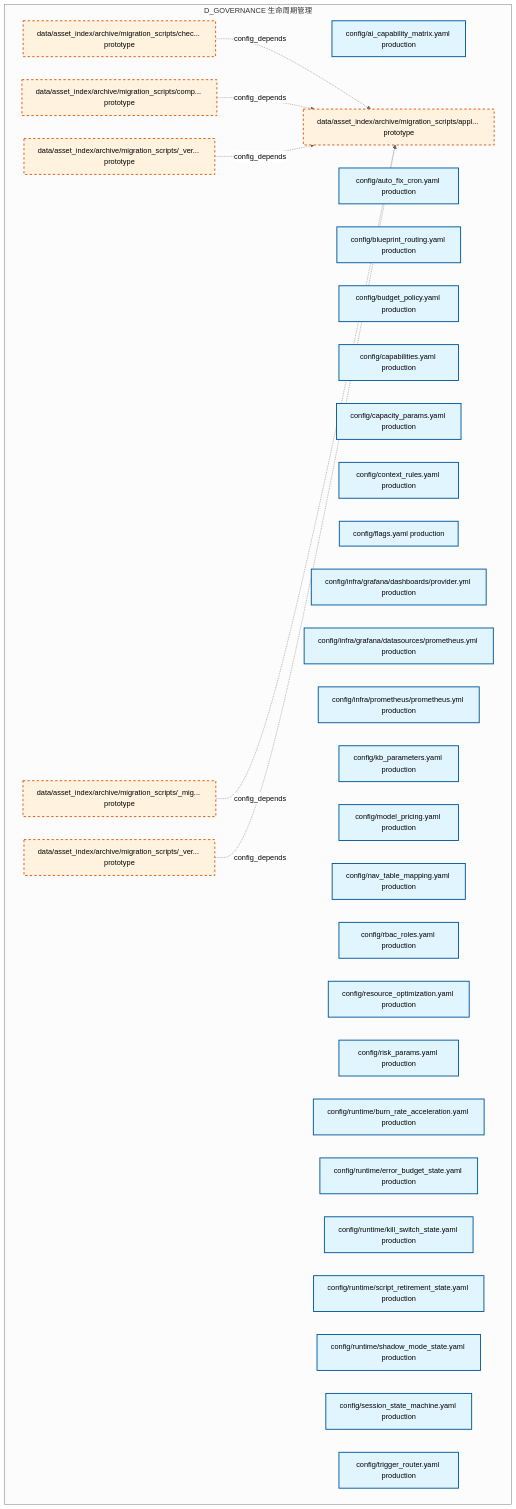
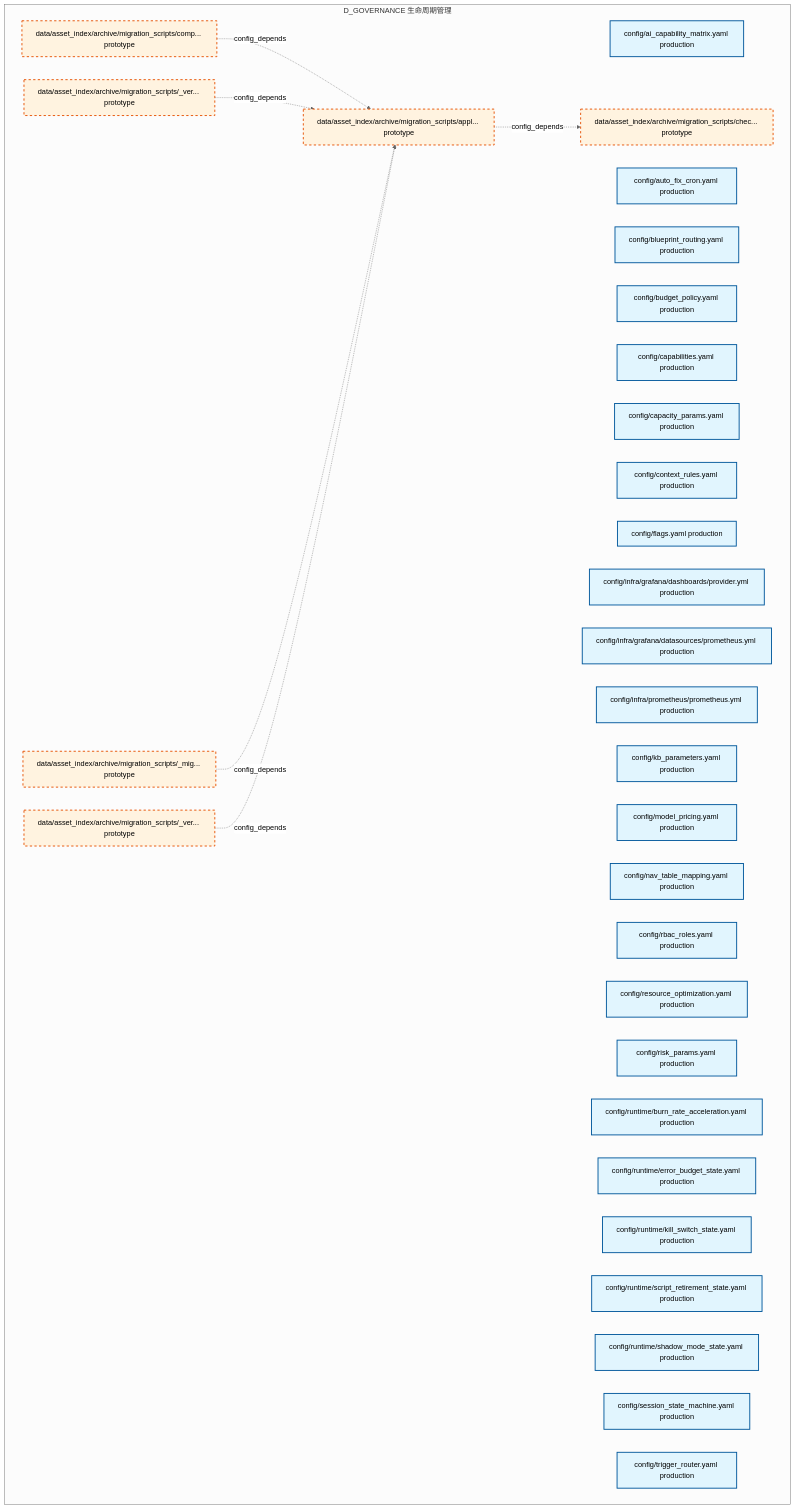
One commit to xuanFelixVan/ZephyrAlpha changed the first of 30 diagrams in docs/02_enterprise_architecture/02_domain_architecture_docs/33_d_governance.md. Above: the diagram before and after it, drawn with Mermaid (neutral theme). The commit also changed other lines of this file and 105 other files, not shown here.

````diff
--- a/docs/02_enterprise_architecture/02_domain_architecture_docs/33_d_governance.md
+++ b/docs/02_enterprise_architecture/02_domain_architecture_docs/33_d_governance.md
@@ -49,46 +49,46 @@
 ```mermaid
 graph TD
     subgraph D_GOVERNANCE["D_GOVERNANCE 生命周期管理"]
         config_ai_capability_matrix_yaml["config/ai_capability_matrix.yaml production"]
         config_auto_fix_cron_yaml["config/auto_fix_cron.yaml production"]
         config_blueprint_routing_yaml["config/blueprint_routing.yaml production"]
         config_budget_policy_yaml["config/budget_policy.yaml production"]
         config_capabilities_yaml["config/capabilities.yaml production"]
         config_capacity_params_yaml["config/capacity_params.yaml production"]
         config_context_rules_yaml["config/context_rules.yaml production"]
         config_flags_yaml["config/flags.yaml production"]
         config_infra_grafana_dashboards_provider_yml["config/infra/grafana/dashboards/provider.yml production"]
         config_infra_grafana_datasources_prometheus_yml["config/infra/grafana/datasources/prometheus.yml production"]
         config_infra_prometheus_prometheus_yml["config/infra/prometheus/prometheus.yml production"]
         config_kb_parameters_yaml["config/kb_parameters.yaml production"]
         config_model_pricing_yaml["config/model_pricing.yaml production"]
         config_nav_table_mapping_yaml["config/nav_table_mapping.yaml production"]
         config_rbac_roles_yaml["config/rbac_roles.yaml production"]
         config_resource_optimization_yaml["config/resource_optimization.yaml production"]
         config_risk_params_yaml["config/risk_params.yaml production"]
         config_runtime_burn_rate_acceleration_yaml["config/runtime/burn_rate_acceleration.yaml production"]
         config_runtime_error_budget_state_yaml["config/runtime/error_budget_state.yaml production"]
         config_runtime_kill_switch_state_yaml["config/runtime/kill_switch_state.yaml production"]
         config_runtime_script_retirement_state_yaml["config/runtime/script_retirement_state.yaml production"]
         config_runtime_shadow_mode_state_yaml["config/runtime/shadow_mode_state.yaml production"]
         config_session_state_machine_yaml["config/session_state_machine.yaml production"]
         config_trigger_router_yaml["config/trigger_router.yaml production"]
         data_asset_index_archive_migration_scripts_migration_shared_py["data/asset_index/archive/migration_scripts/_mig... prototype"]
         data_asset_index_archive_migration_scripts_verify_manifest_py["data/asset_index/archive/migration_scripts/_ver... prototype"]
         data_asset_index_archive_migration_scripts_verify_step4_py["data/asset_index/archive/migration_scripts/_ver... prototype"]
         data_asset_index_archive_migration_scripts_apply_rulings_py["data/asset_index/archive/migration_scripts/appl... prototype"]
         data_asset_index_archive_migration_scripts_check_coverage_py["data/asset_index/archive/migration_scripts/chec... prototype"]
         data_asset_index_archive_migration_scripts_comprehensive_import_fix_py["data/asset_index/archive/migration_scripts/comp... prototype"]
     end
-    data_asset_index_archive_migration_scripts_check_coverage_py -.->|config_depends| data_asset_index_archive_migration_scripts_apply_rulings_py
+    data_asset_index_archive_migration_scripts_apply_rulings_py -.->|config_depends| data_asset_index_archive_migration_scripts_check_coverage_py
     data_asset_index_archive_migration_scripts_comprehensive_import_fix_py -.->|config_depends| data_asset_index_archive_migration_scripts_apply_rulings_py
+    data_asset_index_archive_migration_scripts_verify_manifest_py -.->|config_depends| data_asset_index_archive_migration_scripts_apply_rulings_py
+    data_asset_index_archive_migration_scripts_migration_shared_py -.->|config_depends| data_asset_index_archive_migration_scripts_apply_rulings_py
     data_asset_index_archive_migration_scripts_verify_step4_py -.->|config_depends| data_asset_index_archive_migration_scripts_apply_rulings_py
-    data_asset_index_archive_migration_scripts_migration_shared_py -.->|config_depends| data_asset_index_archive_migration_scripts_apply_rulings_py
-    data_asset_index_archive_migration_scripts_verify_manifest_py -.->|config_depends| data_asset_index_archive_migration_scripts_apply_rulings_py
     classDef production fill:#e1f5fe,stroke:#01579b,stroke-width:2px,color:#000
     classDef design fill:#fff3e0,stroke:#e65100,stroke-width:2px,color:#000,stroke-dasharray: 5 5
     classDef external_prod fill:#e8f5e9,stroke:#1b5e20,stroke-width:1px,color:#000
     classDef external_design fill:#fce4ec,stroke:#880e4f,stroke-width:1px,color:#000,stroke-dasharray: 5 5
     class config_ai_capability_matrix_yaml,config_auto_fix_cron_yaml,config_blueprint_routing_yaml,config_budget_policy_yaml,config_capabilities_yaml,config_capacity_params_yaml,config_context_rules_yaml,config_flags_yaml,config_infra_grafana_dashboards_provider_yml,config_infra_grafana_datasources_prometheus_yml,config_infra_prometheus_prometheus_yml,config_kb_parameters_yaml,config_model_pricing_yaml,config_nav_table_mapping_yaml,config_rbac_roles_yaml,config_resource_optimization_yaml,config_risk_params_yaml,config_runtime_burn_rate_acceleration_yaml,config_runtime_error_budget_state_yaml,config_runtime_kill_switch_state_yaml,config_runtime_script_retirement_state_yaml,config_runtime_shadow_mode_state_yaml,config_session_state_machine_yaml,config_trigger_router_yaml production
     class data_asset_index_archive_migration_scripts_migration_shared_py,data_asset_index_archive_migration_scripts_verify_manifest_py,data_asset_index_archive_migration_scripts_verify_step4_py,data_asset_index_archive_migration_scripts_apply_rulings_py,data_asset_index_archive_migration_scripts_check_coverage_py,data_asset_index_archive_migration_scripts_comprehensive_import_fix_py design
 ```
````
